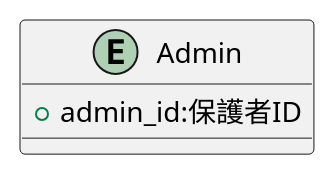
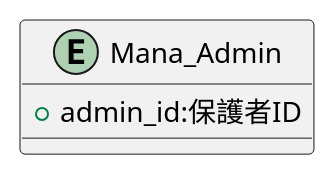
The diagram in Entity/Mana_Admin.pu (popoposorara/ERP_ER), drawn with PlantUML before and after one commit. The commit also changed 30 other files, not shown here.

```diff
--- a/Entity/Mana_Admin.pu
+++ b/Entity/Mana_Admin.pu
@@ -1,7 +1,7 @@
 @startuml
 
-entity "Admin" {
+entity "Mana_Admin" {
     + admin_id:保護者ID
 }
 
 @enduml
```
